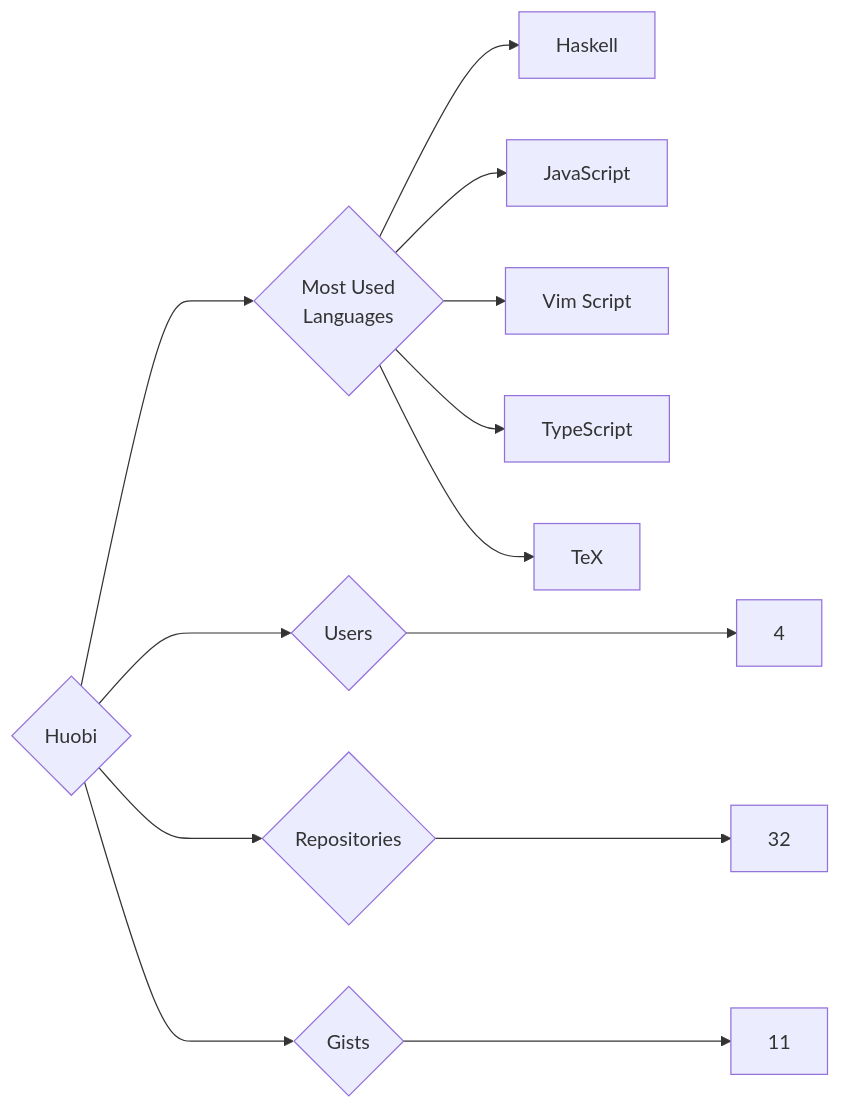
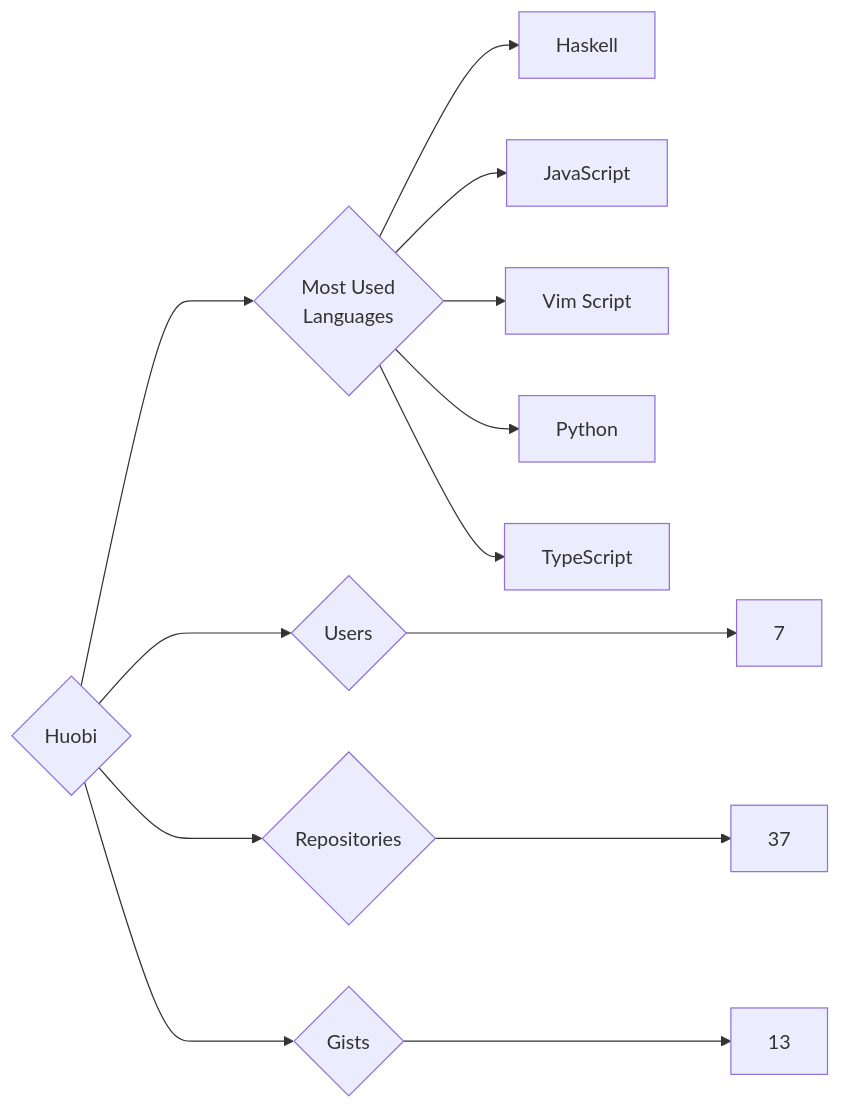
One commit to trickest/insiders changed the diagram in targets/Huobi/README.md. Above: the diagram before and after it, drawn with Mermaid. The commit also changed 985 other files, not shown here.

````diff
--- a/targets/Huobi/README.md
+++ b/targets/Huobi/README.md
@@ -3,13 +3,13 @@
 ```mermaid
 graph LR
 COMPANY_NAME{Huobi}
-COMPANY_NAME ---> U{Users} ---> UN[4]
-COMPANY_NAME ---> R{Repositories} ---> RN[32]
-COMPANY_NAME ---> G{Gists} ---> GN[11]
+COMPANY_NAME ---> U{Users} ---> UN[7]
+COMPANY_NAME ---> R{Repositories} ---> RN[37]
+COMPANY_NAME ---> G{Gists} ---> GN[13]
 COMPANY_NAME ---> ML{Most Used<br>Languages}
 ML --> Haskell[Haskell]
 ML --> JavaScript[JavaScript]
 ML --> Vim_Script[Vim Script]
+ML --> Python[Python]
 ML --> TypeScript[TypeScript]
-ML --> TeX[TeX]
 ```
````
